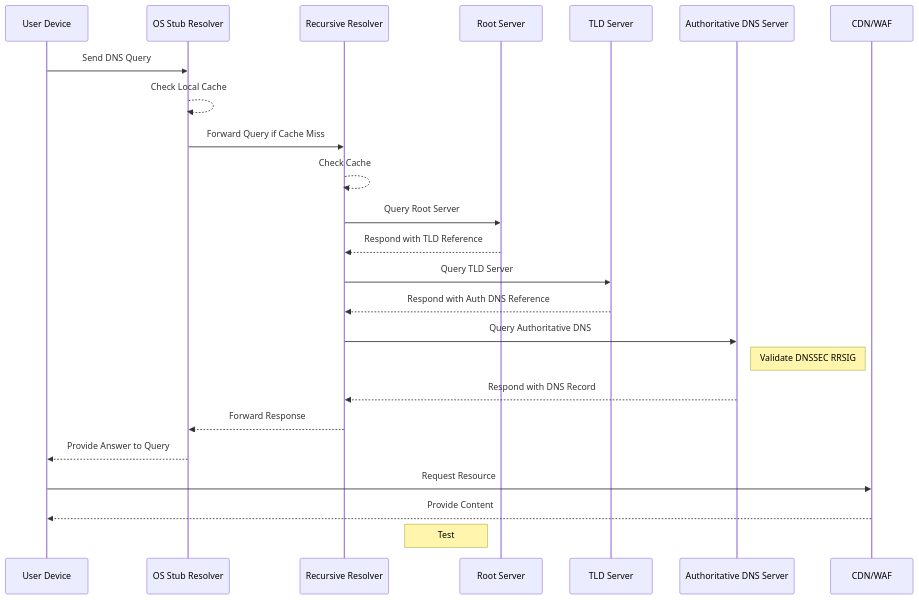
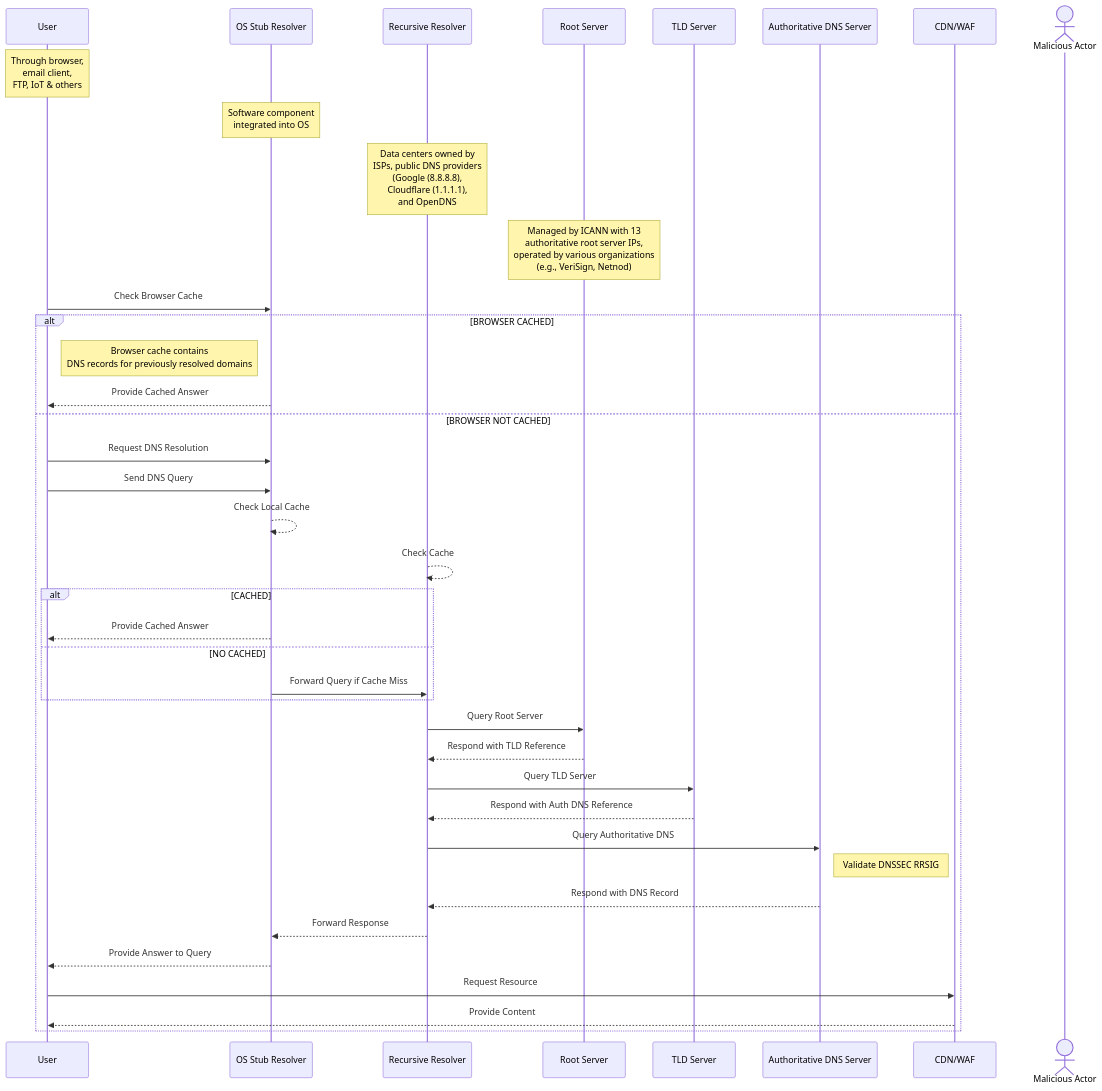
Before and after one commit to lucianosarno/cybersec-dnssec: the diagram in technical_version.mmd, drawn with Mermaid.

Commit message:
Working on different scenarios, particularly caches involved in the process

```diff
--- a/technical_version.mmd
+++ b/technical_version.mmd
@@ -1,26 +1,43 @@
 sequenceDiagram
-  participant User as User Device
+  participant User as User
   participant Stub as OS Stub Resolver
   participant Rec as Recursive Resolver
   participant Root as Root Server
   participant TLD as TLD Server
   participant Auth as Authoritative DNS Server
   participant CDN as CDN/WAF
+  actor MA as Malicious Actor
 
+  Note over User: Through browser,<br>email client,<br>FTP, IoT & others
+  Note over Stub: Software component<br>integrated into OS
+  Note over Rec: Data centers owned by<br>ISPs, public DNS providers<br>(Google (8.8.8.8),<br>Cloudflare (1.1.1.1),<br>and OpenDNS
+  Note over Root: Managed by ICANN with 13<br>authoritative root server IPs,<br>operated by various organizations<br>(e.g., VeriSign, Netnod)
+
+  User->>Stub: Check Browser Cache
+
+  alt BROWSER CACHED
+    Note right of User: Browser cache contains<br>DNS records for previously resolved domains
+    Stub-->>User: Provide Cached Answer
+  else BROWSER NOT CACHED
+    User->>Stub: Request DNS Resolution
   User->>Stub: Send DNS Query
   Stub-->>Stub: Check Local Cache
-  Stub->>Rec: Forward Query if Cache Miss
   Rec-->>Rec: Check Cache
+  alt CACHED
+    Stub-->>User: Provide Cached Answer
+  else NO CACHED
+    Stub->>Rec: Forward Query if Cache Miss
+  end
+  
   Rec->>Root: Query Root Server
   Root-->>Rec: Respond with TLD Reference
   Rec->>TLD: Query TLD Server
   TLD-->>Rec: Respond with Auth DNS Reference
   Rec->>Auth: Query Authoritative DNS
   Note right of Auth: Validate DNSSEC RRSIG
   Auth-->>Rec: Respond with DNS Record
   Rec-->>Stub: Forward Response
   Stub-->>User: Provide Answer to Query
   User->>CDN: Request Resource
   CDN-->>User: Provide Content
-
-  Note left of Root: Test
+end
```
